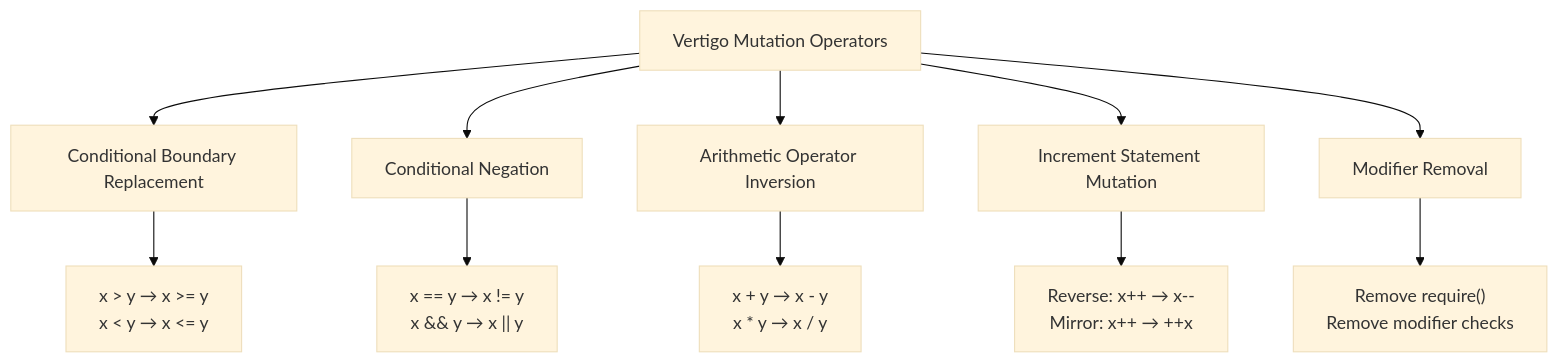
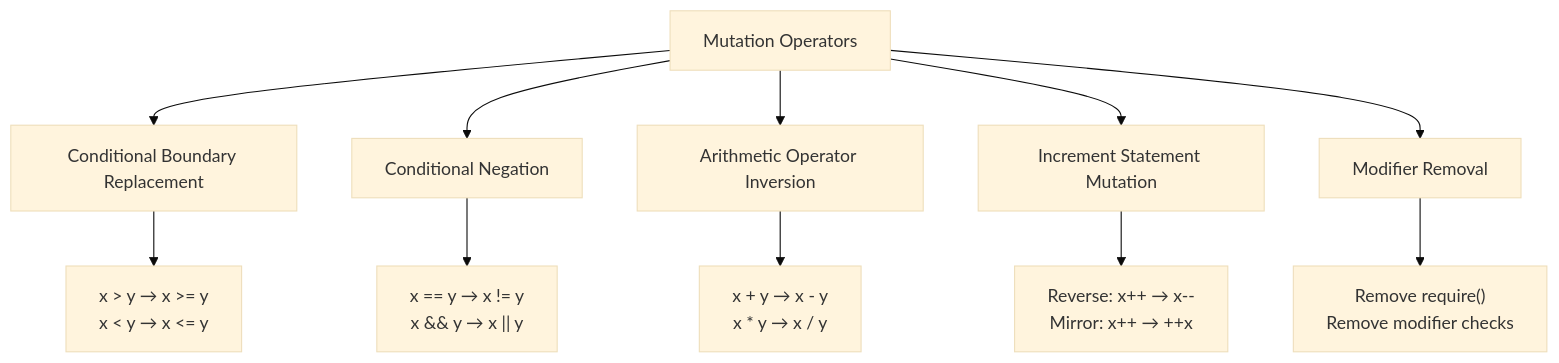
One commit to ETAAcademy/ETAAcademy-Audit changed the diagram in Articles/16_Mutation.md. Above: the diagram before and after it, drawn with Mermaid (base theme). The commit also changed other lines of this file, not shown here.

````diff
--- a/Articles/16_Mutation.md
+++ b/Articles/16_Mutation.md
@@ -69,14 +69,14 @@
 ```mermaid
 graph TD
-A["Vertigo Mutation Operators"] --> B["Conditional Boundary Replacement"]
+A["Mutation Operators"] --> B["Conditional Boundary Replacement"]
 A --> C["Conditional Negation"]
 A --> D["Arithmetic Operator Inversion"]
 A --> E["Increment Statement Mutation"]
 A --> F["Modifier Removal"]
 
     B --> B1["x > y → x >= y<br/>x < y → x <= y"]
     C --> C1["x == y → x != y<br/>x && y → x || y"]
     D --> D1["x + y → x - y<br/>x * y → x / y"]
     E --> E1["Reverse: x++ → x--<br/>Mirror: x++ → ++x"]
     F --> F1["Remove require()<br/>Remove modifier checks"]
 ```
````
